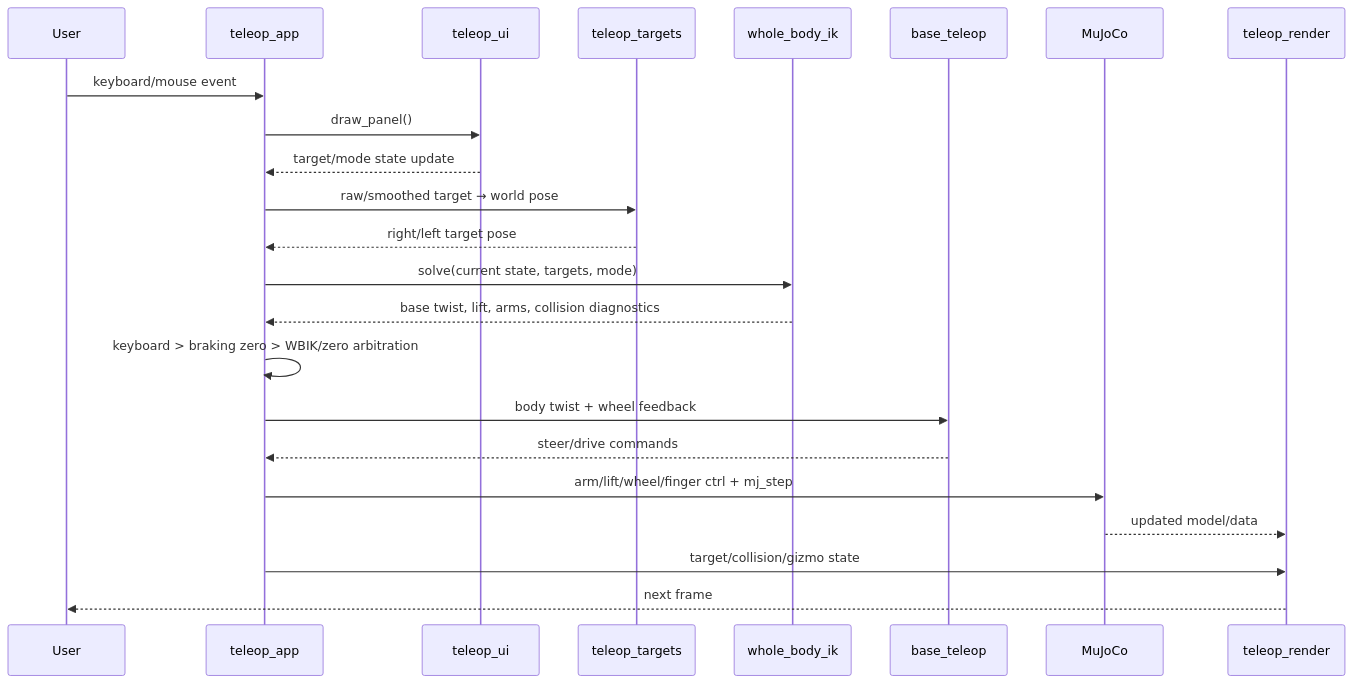
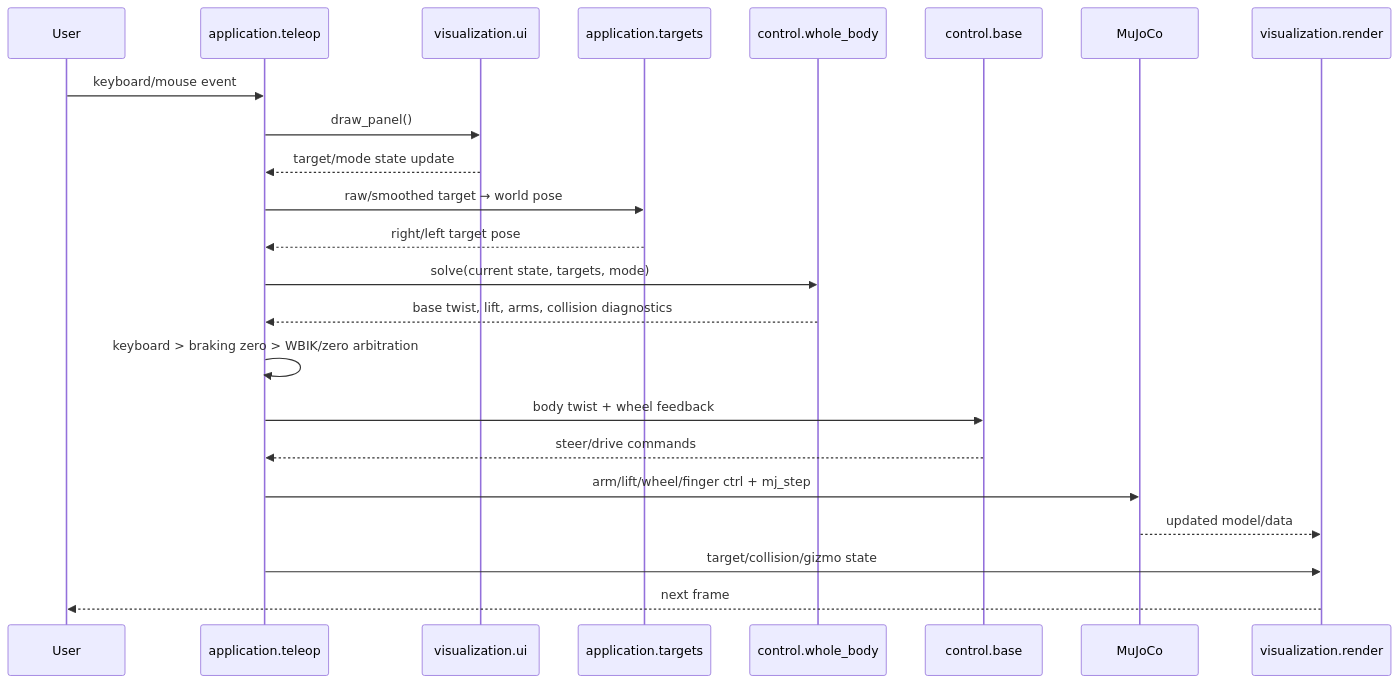
The second of 3 diagrams in docs/overview.md (Geonhee-LEE/aiworker-mj-lab), drawn with Mermaid before and after one commit. The commit also changed other lines of this file and 108 other files, not shown here.

````diff
--- a/docs/overview.md
+++ b/docs/overview.md
@@ -84,26 +96,26 @@
 ```mermaid
 sequenceDiagram
     participant User
-    participant App as teleop_app
-    participant UI as teleop_ui
-    participant Targets as teleop_targets
-    participant IK as whole_body_ik
-    participant Base as base_teleop
+    participant App as application.teleop
+    participant UI as visualization.ui
+    participant Targets as application.targets
+    participant IK as control.whole_body
+    participant Base as control.base
     participant Physics as MuJoCo
-    participant Render as teleop_render
+    participant Render as visualization.render
 
     User->>App: keyboard/mouse event
     App->>UI: draw_panel()
     UI-->>App: target/mode state update
     App->>Targets: raw/smoothed target → world pose
     Targets-->>App: right/left target pose
     App->>IK: solve(current state, targets, mode)
     IK-->>App: base twist, lift, arms, collision diagnostics
     App->>App: keyboard > braking zero > WBIK/zero arbitration
     App->>Base: body twist + wheel feedback
     Base-->>App: steer/drive commands
     App->>Physics: arm/lift/wheel/finger ctrl + mj_step
     Physics-->>Render: updated model/data
     App->>Render: target/collision/gizmo state
     Render-->>User: next frame
 ```
````
